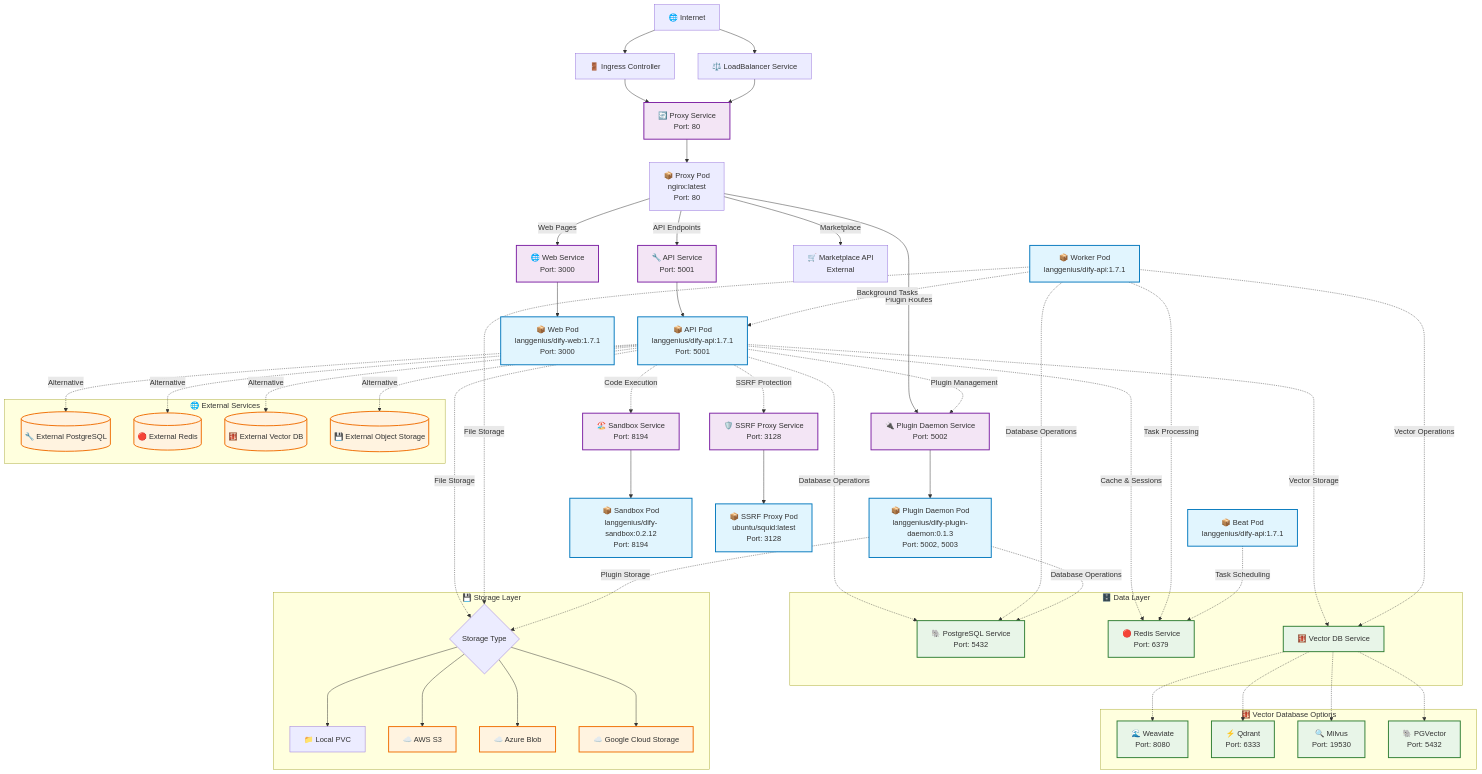
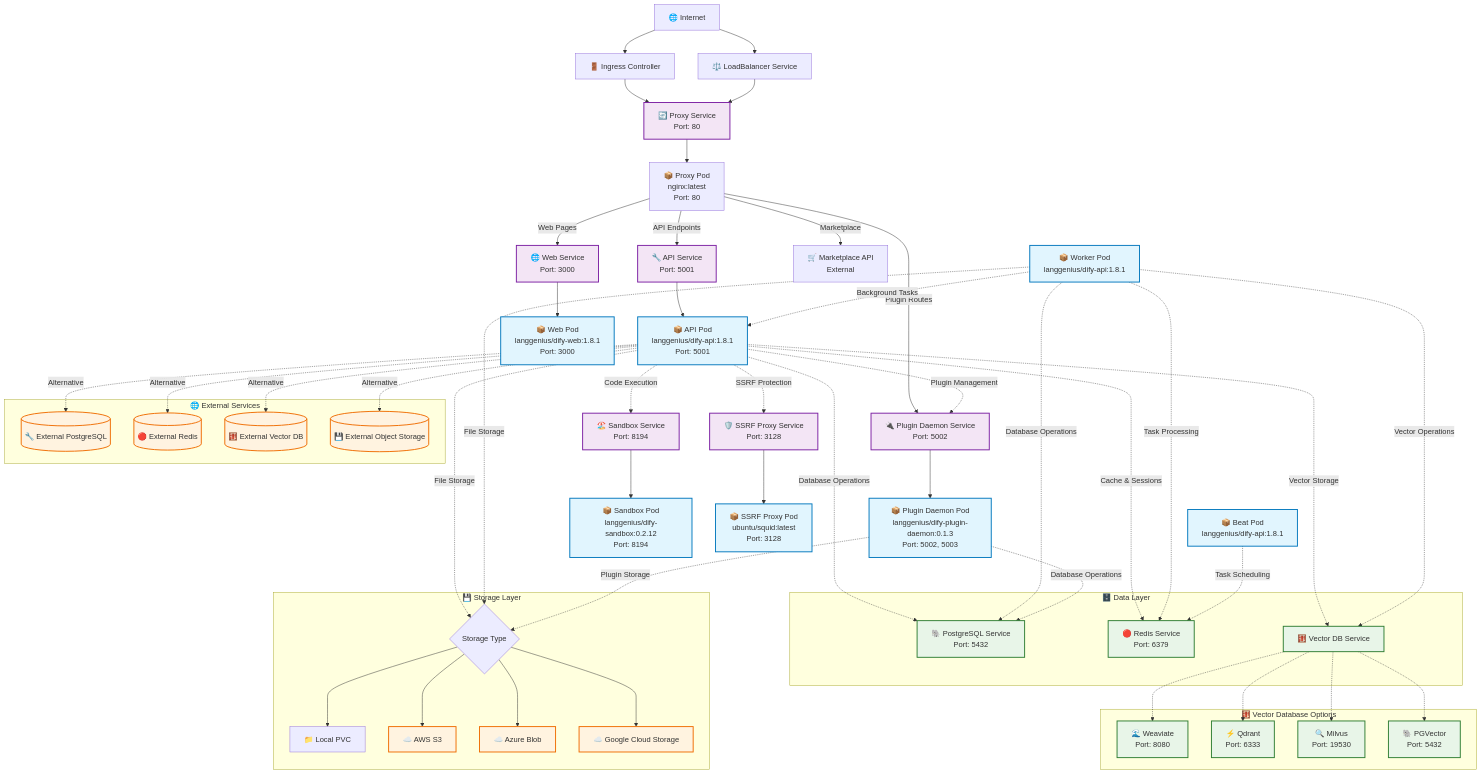
The diagram in README.md (BorisPolonsky/dify-helm), drawn with Mermaid before and after one commit. The commit also changed other lines of this file and 15 other files, not shown here.

Commit message:
Update image tags to match dify 1.8.1 and Bump Chart version to 0.29.0-rc1 (#267)

```diff
--- a/README.md
+++ b/README.md
@@ -38,15 +38,15 @@
     ProxyPod -->|Marketplace| MarketplaceAPI[🛒 Marketplace API<br/>External]
 
     %% Backend Pods
-    APIService --> APIPod[📦 API Pod<br/>langgenius/dify-api:1.7.1<br/>Port: 5001]
-    WebService --> WebPod[📦 Web Pod<br/>langgenius/dify-web:1.7.1<br/>Port: 3000]
+    APIService --> APIPod[📦 API Pod<br/>langgenius/dify-api:1.8.1<br/>Port: 5001]
+    WebService --> WebPod[📦 Web Pod<br/>langgenius/dify-web:1.8.1<br/>Port: 3000]
     PluginService --> PluginPod[📦 Plugin Daemon Pod<br/>langgenius/dify-plugin-daemon:0.1.3<br/>Port: 5002, 5003]
 
     %% Worker Pod (Background Processing)
-    WorkerPod[📦 Worker Pod<br/>langgenius/dify-api:1.7.1]
+    WorkerPod[📦 Worker Pod<br/>langgenius/dify-api:1.8.1]
 
     %% Beat Pod (Periodic task scheduler)
-    BeatPod[📦 Beat Pod<br/>langgenius/dify-api:1.7.1]
+    BeatPod[📦 Beat Pod<br/>langgenius/dify-api:1.8.1]
 
     %% Sandbox Service
     SandboxService[🏖️ Sandbox Service<br/>Port: 8194] --> SandboxPod[📦 Sandbox Pod<br/>langgenius/dify-sandbox:0.2.12<br/>Port: 8194]
```
